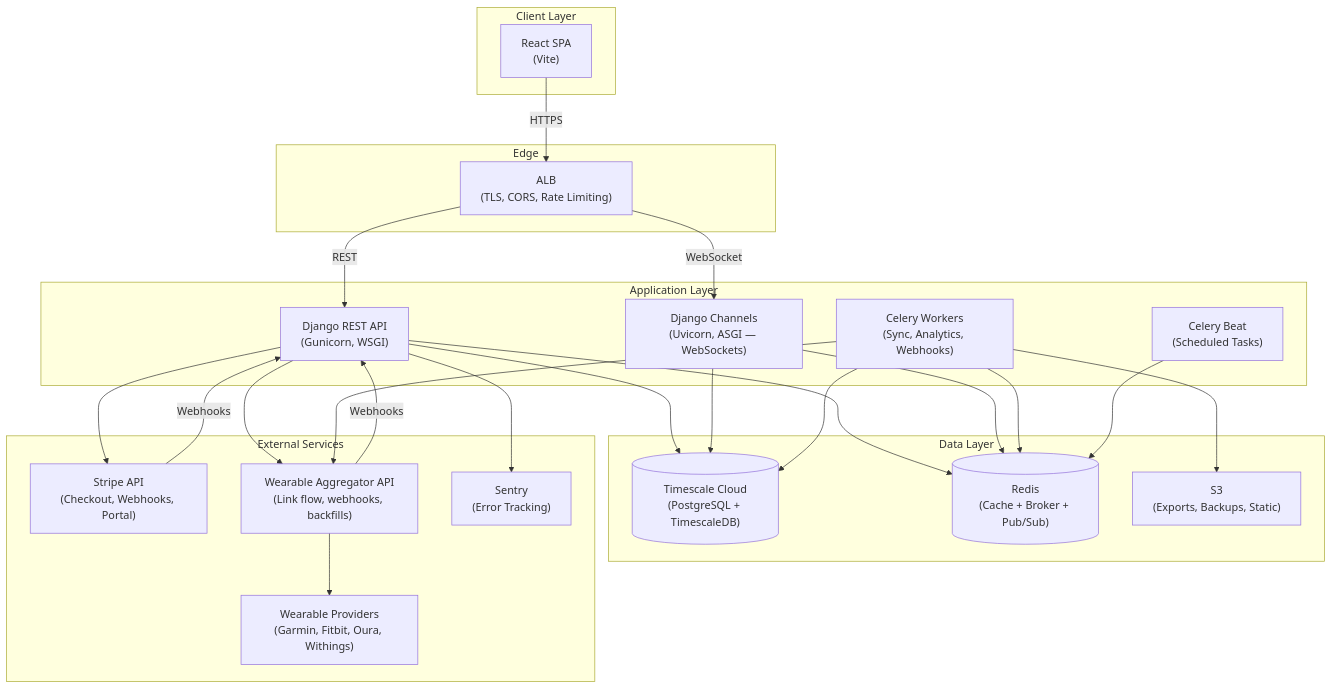
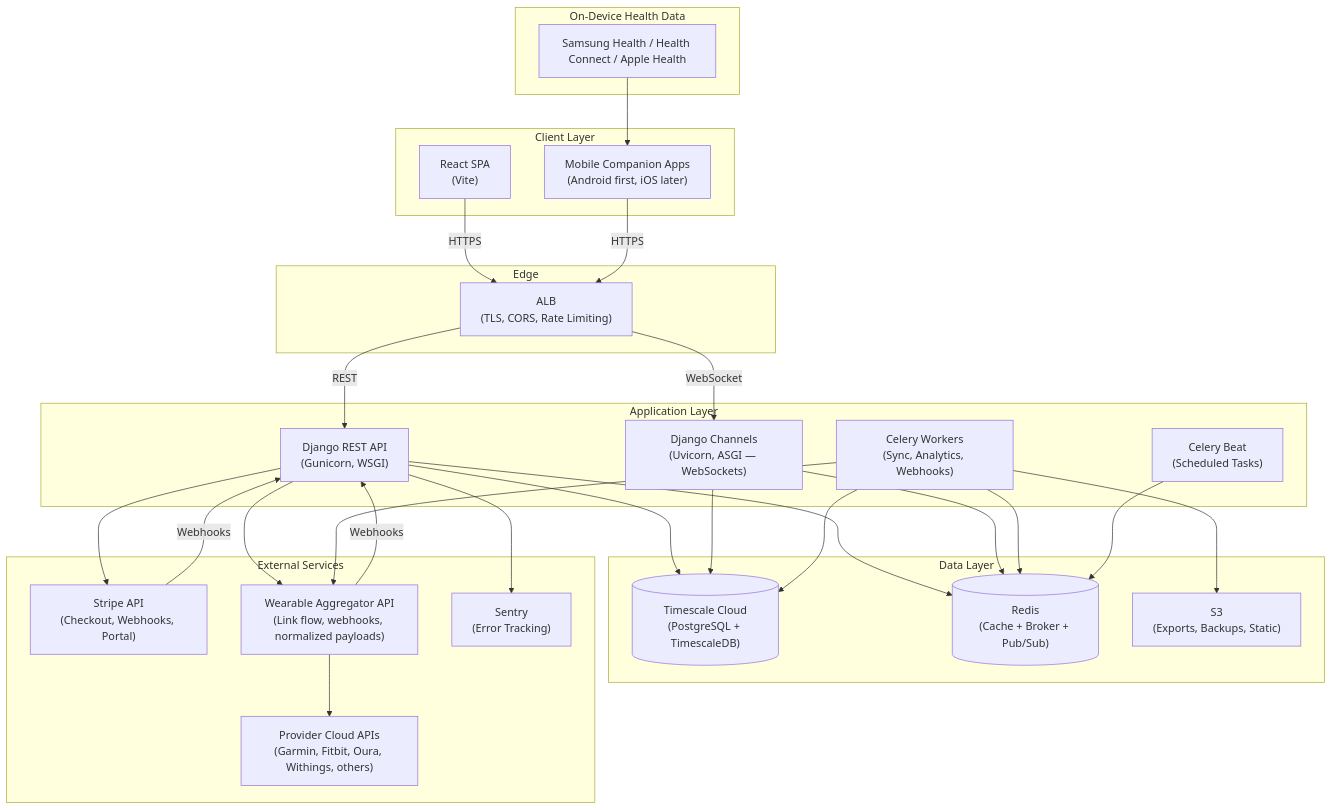
Before and after one commit to elvisrepo/long: the diagram in reference_docs/knowledge/07-full-requirements-architecture.md, drawn with Mermaid. The commit also changed other lines of this file and 23 other files, not shown here.

Commit message:
changes from project problem, to erd; mvp now with health connect

````diff
--- a/reference_docs/knowledge/07-full-requirements-architecture.md
+++ b/reference_docs/knowledge/07-full-requirements-architecture.md
@@ -11,55 +11,62 @@
 ```mermaid
 graph TB
     subgraph "Client Layer"
         WEB["React SPA<br/>(Vite)"]
+        MOBILE["Mobile Companion Apps<br/>(Android first, iOS later)"]
+    end
+
+    subgraph "On-Device Health Data"
+        STORES["Samsung Health / Health Connect / Apple Health"]
     end
 
     subgraph "Edge"
         NGINX["ALB<br/>(TLS, CORS, Rate Limiting)"]
     end
 
     subgraph "Application Layer"
         DJANGO["Django REST API<br/>(Gunicorn, WSGI)"]
         CHANNELS["Django Channels<br/>(Uvicorn, ASGI — WebSockets)"]
         CELERY["Celery Workers<br/>(Sync, Analytics, Webhooks)"]
         BEAT["Celery Beat<br/>(Scheduled Tasks)"]
     end
 
     subgraph "Data Layer"
         PG[("Timescale Cloud<br/>(PostgreSQL + TimescaleDB)")]
         REDIS[("Redis<br/>(Cache + Broker + Pub/Sub)")]
         S3["S3<br/>(Exports, Backups, Static)"]
     end
 
     subgraph "External Services"
         STRIPE["Stripe API<br/>(Checkout, Webhooks, Portal)"]
-        AGG["Wearable Aggregator API<br/>(Link flow, webhooks, backfills)"]
-        PROVIDERS["Wearable Providers<br/>(Garmin, Fitbit, Oura, Withings)"]
+        AGG["Wearable Aggregator API<br/>(Link flow, webhooks, normalized payloads)"]
+        PROVIDERS["Provider Cloud APIs<br/>(Garmin, Fitbit, Oura, Withings, others)"]
         SENTRY_EXT["Sentry<br/>(Error Tracking)"]
     end
 
     WEB -- "HTTPS" --> NGINX
+    MOBILE -- "HTTPS" --> NGINX
+    STORES --> MOBILE
 
     NGINX -- "REST" --> DJANGO
     NGINX -- "WebSocket" --> CHANNELS
 
     DJANGO --> PG
     DJANGO --> REDIS
     DJANGO --> STRIPE
     DJANGO --> AGG
     DJANGO --> SENTRY_EXT
 
     CHANNELS --> REDIS
     CHANNELS --> PG
 
     CELERY --> PG
     CELERY --> REDIS
     CELERY --> AGG
     CELERY --> S3
 
     BEAT --> REDIS
 
     STRIPE -- "Webhooks" --> DJANGO
     AGG -- "Webhooks" --> DJANGO
     AGG --> PROVIDERS
 ```
````
